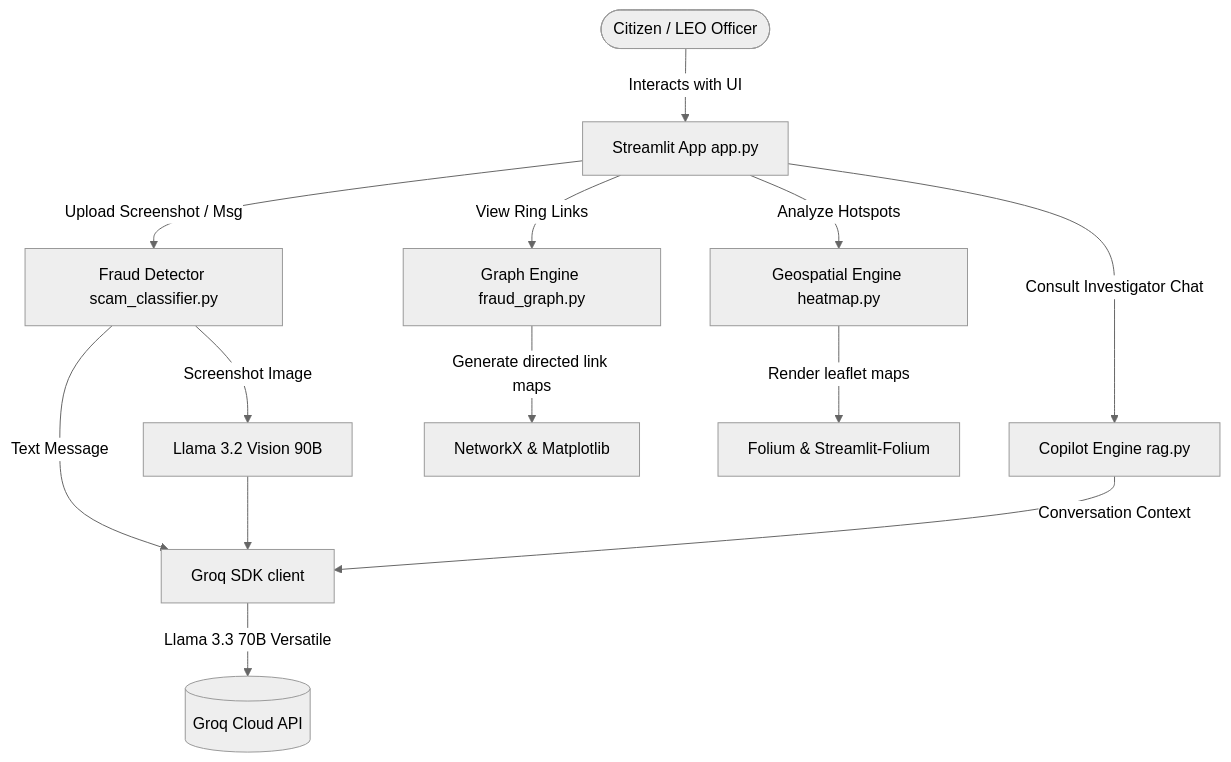
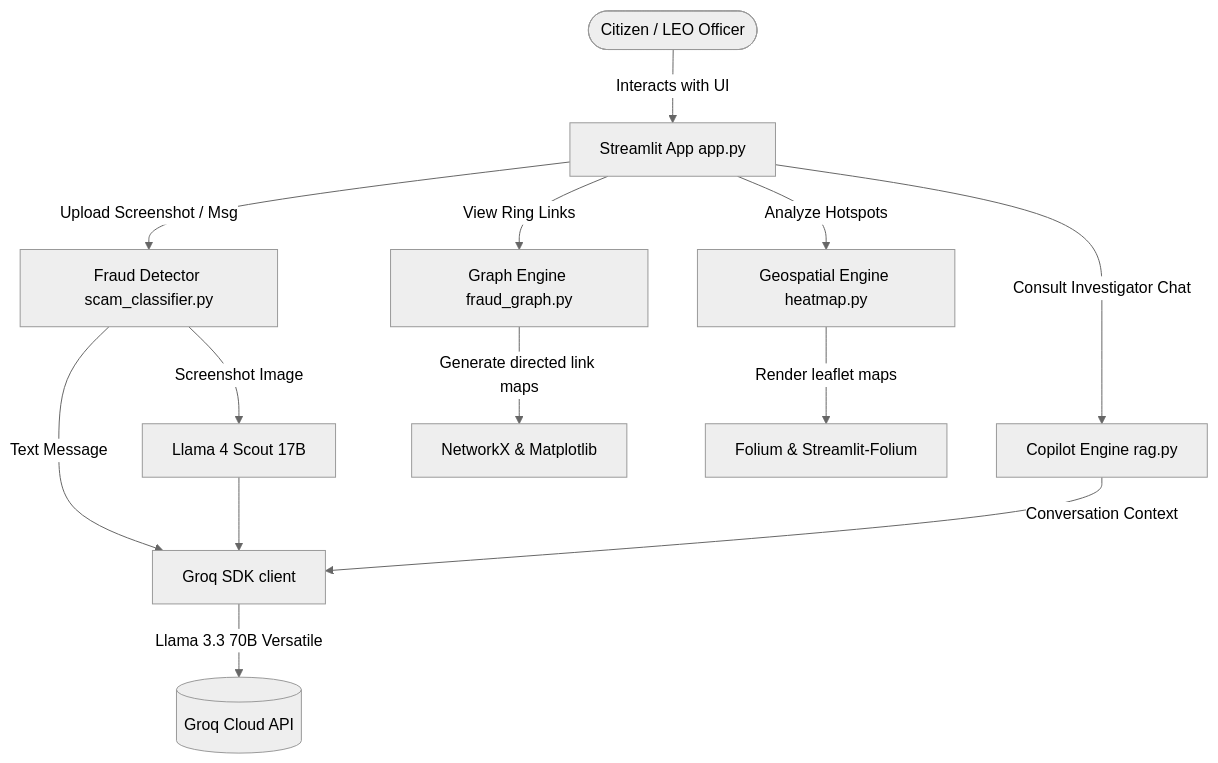
The diagram in README.md (Vanshika-k12/SentinelAi), drawn with Mermaid (neutral theme) before and after one commit. The commit also changed other lines of this file and 1 other file, not shown here.

Commit message:
Update vision model to Llama 4 Scout

````diff
--- a/README.md
+++ b/README.md
@@ -41,21 +41,21 @@
 ```mermaid
 graph TD
     %% Users
     User([Citizen / LEO Officer]) -->|Interacts with UI| StreamlitApp[Streamlit App app.py]
     
     %% Dashboard Modules Routing
     StreamlitApp -->|Upload Screenshot / Msg| FraudDetector[Fraud Detector scam_classifier.py]
     StreamlitApp -->|View Ring Links| GraphEngine[Graph Engine fraud_graph.py]
     StreamlitApp -->|Analyze Hotspots| GeoEngine[Geospatial Engine heatmap.py]
     StreamlitApp -->|Consult Investigator Chat| CopilotEngine[Copilot Engine rag.py]
     
     %% Module Internal Processing & External APIs
     FraudDetector -->|Text Message| GroqAPI[Groq SDK client]
-FraudDetector -->|Screenshot Image| VisionAPI[Llama 3.2 Vision 90B]
+FraudDetector -->|Screenshot Image| VisionAPI[Llama 4 Scout 17B]
 VisionAPI --> GroqAPI
     CopilotEngine -->|Conversation Context| GroqAPI
     
     GroqAPI -->|Llama 3.3 70B Versatile| LLMServer[(Groq Cloud API)]
     GraphEngine -->|Generate directed link maps| NetworkX[NetworkX & Matplotlib]
     GeoEngine -->|Render leaflet maps| Folium[Folium & Streamlit-Folium]
 ```
````
